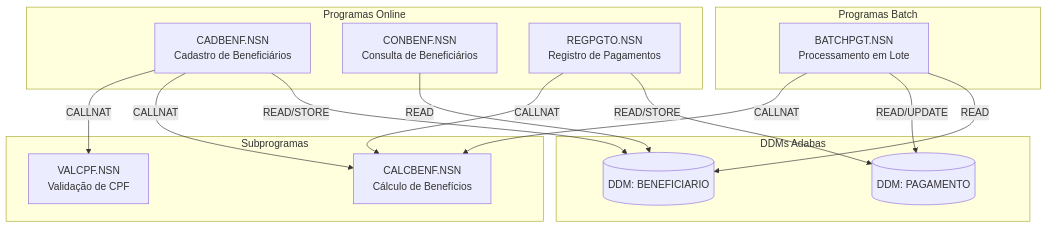
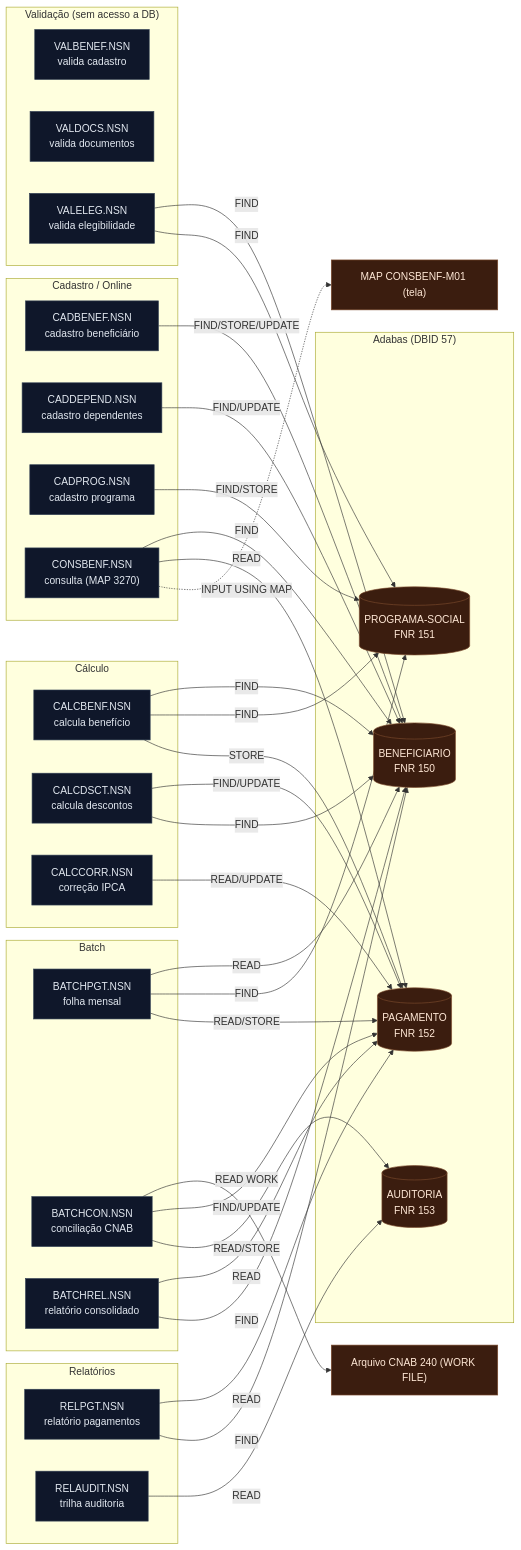
The diagram in 01-arqueologia/dependency-map.md (serpro-sao-paulo/workshop-azul-03), drawn with Mermaid before and after one commit. The commit also changed other lines of this file and 144 other files, not shown here.

````diff
--- a/01-arqueologia/dependency-map.md
+++ b/01-arqueologia/dependency-map.md
@@ -33,35 +33,65 @@
 ```mermaid
-flowchart TD
- subgraph "Programas Online"
- CADBENF["CADBENF.NSN<br/>Cadastro de Beneficiários"]
- CONBENF["CONBENF.NSN<br/>Consulta de Beneficiários"]
- REGPGTO["REGPGTO.NSN<br/>Registro de Pagamentos"]
+flowchart LR
+ classDef prog fill:#0f172a,stroke:#334155,color:#e2e8f0
+ classDef data fill:#3b1d0f,stroke:#7c4a2d,color:#ffe8d6
+
+ subgraph "Cadastro / Online"
+   CADBENEF["CADBENEF.NSN<br/>cadastro beneficiário"]:::prog
+   CADDEPEND["CADDEPEND.NSN<br/>cadastro dependentes"]:::prog
+   CADPROG["CADPROG.NSN<br/>cadastro programa"]:::prog
+   CONSBENF["CONSBENF.NSN<br/>consulta (MAP 3270)"]:::prog
  end
+ subgraph "Validação (sem acesso a DB)"
+   VALBENEF["VALBENEF.NSN<br/>valida cadastro"]:::prog
+   VALDOCS["VALDOCS.NSN<br/>valida documentos"]:::prog
+   VALELEG["VALELEG.NSN<br/>valida elegibilidade"]:::prog
+ end
+ subgraph "Cálculo"
+   CALCBENF["CALCBENF.NSN<br/>calcula benefício"]:::prog
+   CALCDSCT["CALCDSCT.NSN<br/>calcula descontos"]:::prog
+   CALCCORR["CALCCORR.NSN<br/>correção IPCA"]:::prog
+ end
+ subgraph "Batch"
+   BATCHPGT["BATCHPGT.NSN<br/>folha mensal"]:::prog
+   BATCHCON["BATCHCON.NSN<br/>conciliação CNAB"]:::prog
+   BATCHREL["BATCHREL.NSN<br/>relatório consolidado"]:::prog
+ end
+ subgraph "Relatórios"
+   RELPGT["RELPGT.NSN<br/>relatório pagamentos"]:::prog
+   RELAUDIT["RELAUDIT.NSN<br/>trilha auditoria"]:::prog
+ end
+ subgraph "Adabas (DBID 57)"
+   BEN[("BENEFICIARIO<br/>FNR 150")]:::data
+   PRG[("PROGRAMA-SOCIAL<br/>FNR 151")]:::data
+   PAG[("PAGAMENTO<br/>FNR 152")]:::data
+   AUD[("AUDITORIA<br/>FNR 153")]:::data
+ end
+ EXT["Arquivo CNAB 240 (WORK FILE)"]:::data
+ MAP["MAP CONSBENF-M01 (tela)"]:::data
 
- subgraph "Programas Batch"
- BATCHPGT["BATCHPGT.NSN<br/>Processamento em Lote"]
- end
-
- subgraph "Subprogramas"
- CALCBENF["CALCBENF.NSN<br/>Cálculo de Benefícios"]
- VALCPF["VALCPF.NSN<br/>Validação de CPF"]
- end
-
- subgraph "DDMs Adabas"
- DDM_BENEF[("DDM: BENEFICIARIO")]
- DDM_PGTO[("DDM: PAGAMENTO")]
- end
-
- CADBENF -->|CALLNAT| VALCPF
- CADBENF -->|CALLNAT| CALCBENF
- CADBENF -->|READ/STORE| DDM_BENEF
-
- REGPGTO -->|CALLNAT| CALCBENF
- REGPGTO -->|READ/STORE| DDM_PGTO
-
- CONBENF -->|READ| DDM_BENEF
-
- BATCHPGT -->|CALLNAT| CALCBENF
- BATCHPGT -->|READ/UPDATE| DDM_PGTO
- BATCHPGT -->|READ| DDM_BENEF
+ CADBENEF -->|FIND/STORE/UPDATE| BEN
+ CADDEPEND -->|FIND/UPDATE| BEN
+ CADPROG -->|FIND/STORE| PRG
+ CONSBENF -->|FIND| BEN
+ CONSBENF -->|READ| PAG
+ CONSBENF -.->|INPUT USING MAP| MAP
+ VALELEG -->|FIND| BEN
+ VALELEG -->|FIND| PRG
+ CALCBENF -->|FIND| BEN
+ CALCBENF -->|FIND| PRG
+ CALCBENF -->|STORE| PAG
+ CALCDSCT -->|FIND/UPDATE| PAG
+ CALCDSCT -->|FIND| BEN
+ CALCCORR -->|READ/UPDATE| PAG
+ BATCHPGT -->|READ| BEN
+ BATCHPGT -->|FIND| PRG
+ BATCHPGT -->|READ/STORE| PAG
+ BATCHCON -->|READ WORK| EXT
+ BATCHCON -->|FIND/UPDATE| PAG
+ BATCHCON -->|READ/STORE| AUD
+ BATCHREL -->|READ| PAG
+ BATCHREL -->|FIND| BEN
+ RELPGT -->|READ| PAG
+ RELPGT -->|FIND| BEN
+ RELAUDIT -->|READ| AUD
 ```
````
